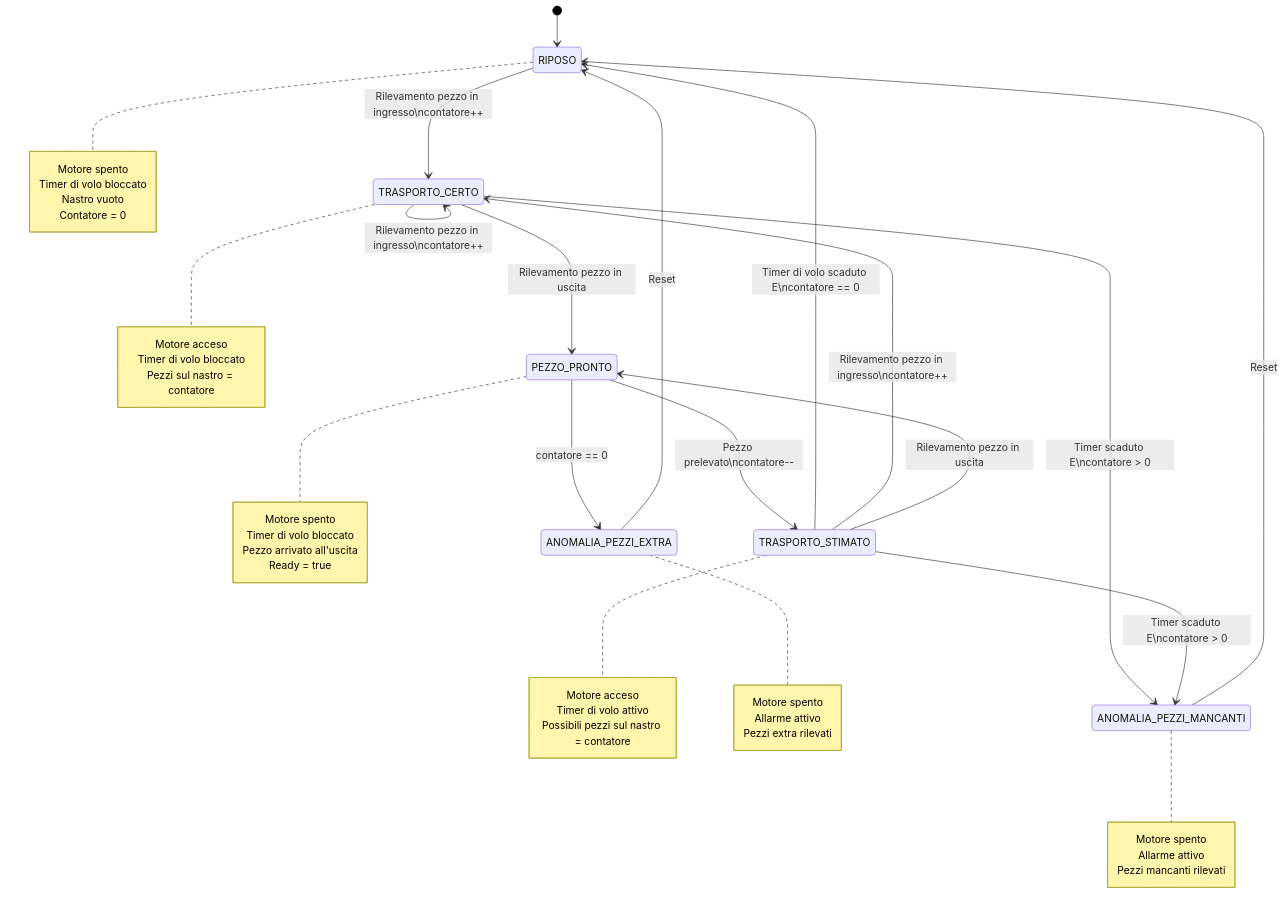
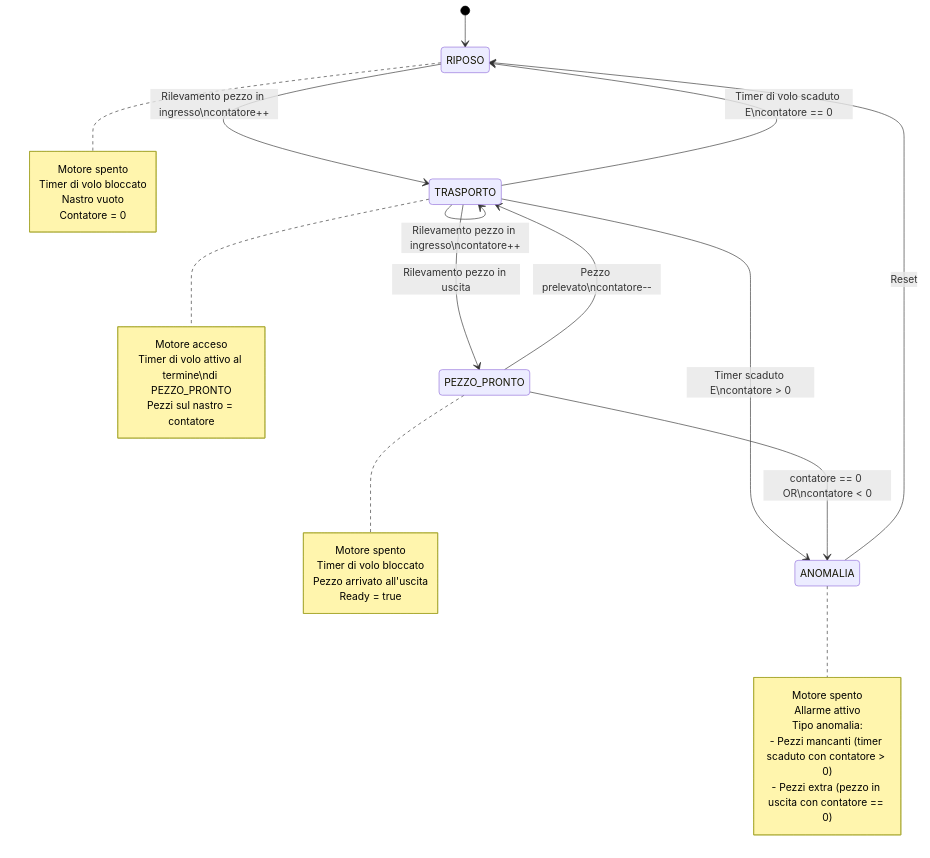
One commit to sebastianomelita/ArduinoBareMetal changed the diagram in nastrocont.md. Above: the diagram before and after it, drawn with Mermaid.

````diff
--- a/nastrocont.md
+++ b/nastrocont.md
@@ -44,61 +44,46 @@
 ```mermaid
 %%{init: {'theme': 'default', 'themeVariables': { 'primaryColor': '#ffffff', 'primaryTextColor': '#000000', 'primaryBorderColor': '#000000', 'lineColor': '#000000', 'secondaryColor': '#f4f4f4', 'tertiaryColor': '#ffffff' }}}%%
 stateDiagram-v2
     [*] --> RIPOSO
 
-    RIPOSO --> TRASPORTO_CERTO: Rilevamento pezzo in ingresso\ncontatore++
+    RIPOSO --> TRASPORTO: Rilevamento pezzo in ingresso\ncontatore++
     
-    TRASPORTO_CERTO --> TRASPORTO_CERTO: Rilevamento pezzo in ingresso\ncontatore++
-    TRASPORTO_CERTO --> PEZZO_PRONTO: Rilevamento pezzo in uscita
-    TRASPORTO_CERTO --> ANOMALIA_PEZZI_MANCANTI: Timer scaduto E\ncontatore > 0
+    TRASPORTO --> TRASPORTO: Rilevamento pezzo in ingresso\ncontatore++
+    TRASPORTO --> PEZZO_PRONTO: Rilevamento pezzo in uscita
+    TRASPORTO --> ANOMALIA: Timer scaduto E\ncontatore > 0
     
-    PEZZO_PRONTO --> TRASPORTO_STIMATO: Pezzo prelevato\ncontatore--
+    PEZZO_PRONTO --> TRASPORTO: Pezzo prelevato\ncontatore--
+    PEZZO_PRONTO --> ANOMALIA: contatore == 0 OR\ncontatore < 0
     
-    TRASPORTO_STIMATO --> RIPOSO: Timer di volo scaduto E\ncontatore == 0
-    TRASPORTO_STIMATO --> TRASPORTO_CERTO: Rilevamento pezzo in ingresso\ncontatore++
-    TRASPORTO_STIMATO --> PEZZO_PRONTO: Rilevamento pezzo in uscita
-    TRASPORTO_STIMATO --> ANOMALIA_PEZZI_MANCANTI: Timer scaduto E\ncontatore > 0
+    TRASPORTO --> RIPOSO: Timer di volo scaduto E\ncontatore == 0
     
-    PEZZO_PRONTO --> ANOMALIA_PEZZI_EXTRA: contatore == 0
-    
-    ANOMALIA_PEZZI_MANCANTI --> RIPOSO: Reset
-    ANOMALIA_PEZZI_EXTRA --> RIPOSO: Reset
+    ANOMALIA --> RIPOSO: Reset
     
     note right of RIPOSO
         Motore spento
         Timer di volo bloccato
         Nastro vuoto
         Contatore = 0
     end note
     
-    note right of TRASPORTO_CERTO
+    note right of TRASPORTO
         Motore acceso
-        Timer di volo bloccato
+        Timer di volo attivo al termine\ndi PEZZO_PRONTO
         Pezzi sul nastro = contatore
     end note
     
     note right of PEZZO_PRONTO
         Motore spento
         Timer di volo bloccato
         Pezzo arrivato all'uscita
         Ready = true
     end note
     
-    note right of TRASPORTO_STIMATO
-        Motore acceso
-        Timer di volo attivo
-        Possibili pezzi sul nastro = contatore
-    end note
-    
-    note right of ANOMALIA_PEZZI_MANCANTI
+    note right of ANOMALIA
         Motore spento
         Allarme attivo
-        Pezzi mancanti rilevati
-    end note
-    
-    note right of ANOMALIA_PEZZI_EXTRA
-        Motore spento
-        Allarme attivo
-        Pezzi extra rilevati
+        Tipo anomalia:
+        - Pezzi mancanti (timer scaduto con contatore > 0)
+        - Pezzi extra (pezzo in uscita con contatore == 0)
     end note
 ```
````
